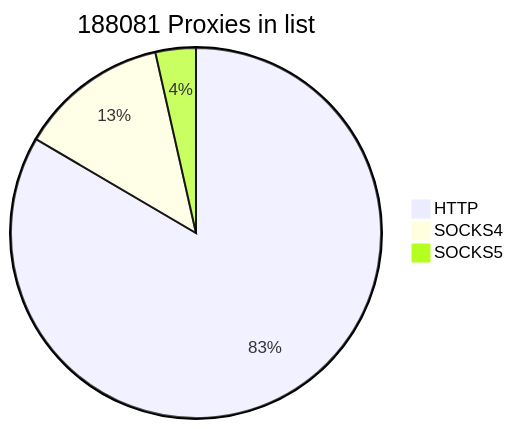
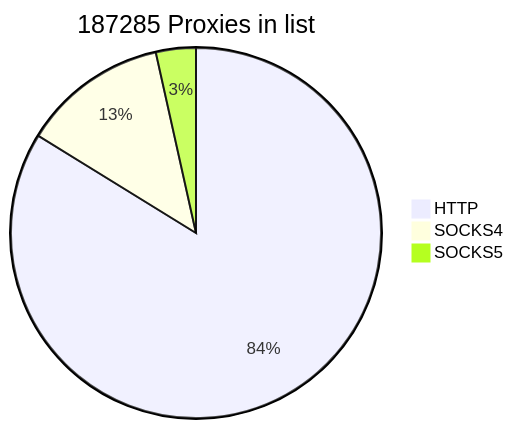
The first of 2 diagrams in README.md (cutipu/proxylist), drawn with Mermaid before and after one commit. The commit also changed other lines of this file, not shown here.

````diff
--- a/README.md
+++ b/README.md
@@ -2,7 +2,7 @@
 ```mermaid
-pie title 188081 Proxies in list
-    "HTTP" : 156950
-    "SOCKS4" : 24497
-    "SOCKS5" : 6634
+pie title 187285 Proxies in list
+    "HTTP" : 156929
+    "SOCKS4" : 23827
+    "SOCKS5" : 6529
             
 ```
````
